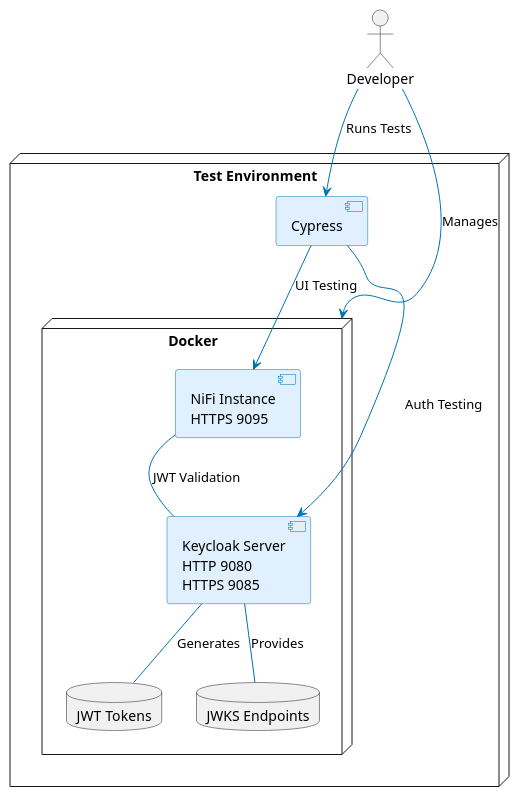
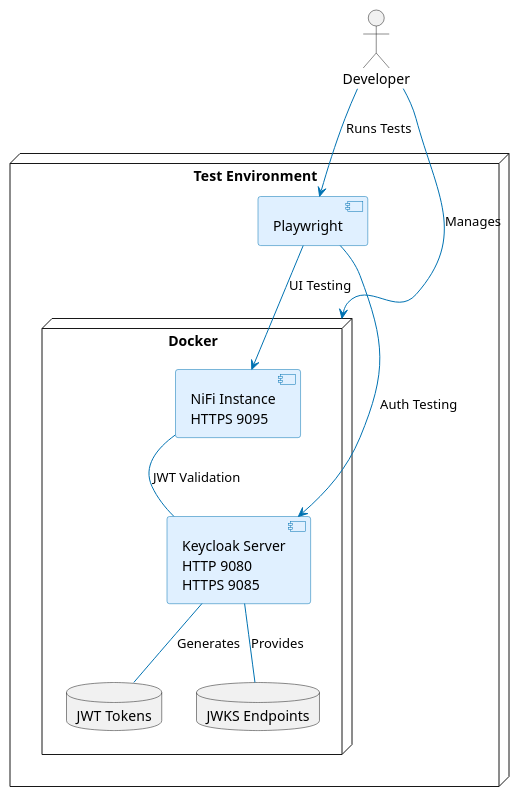
Before and after one commit to cuioss/nifi-extensions: the diagram in doc/plantuml/test-environment-architecture.puml, drawn with PlantUML. The commit also changed 188 other files, not shown here.

```diff
--- a/doc/plantuml/test-environment-architecture.puml
+++ b/doc/plantuml/test-environment-architecture.puml
@@ -1,32 +1,32 @@
 @startuml
 skinparam {
     BackgroundColor white
     ArrowColor #0072B2
     BorderColor #0072B2
     ComponentBorderColor #0072B2
     ComponentBackgroundColor #E0F0FF
 }
 
 node "Test Environment" as TE {
-    component "Cypress" as CP
-    
+    component "Playwright" as PW
+
     node "Docker" as D {
         component "NiFi Instance\nHTTPS 9095" as N
         component "Keycloak Server\nHTTP 9080\nHTTPS 9085" as K
-        
+
         database "JWT Tokens" as JWT
         database "JWKS Endpoints" as JWKS
-        
+
         N -- K : "JWT Validation"
         K -- JWT : "Generates"
         K -- JWKS : "Provides"
     }
-    
-    CP --> N : "UI Testing"
-    CP --> K : "Auth Testing"
+
+    PW --> N : "UI Testing"
+    PW --> K : "Auth Testing"
 }
 
 actor "Developer" as DEV
-DEV --> CP : "Runs Tests"
+DEV --> PW : "Runs Tests"
 DEV --> D : "Manages"
 @enduml
```
